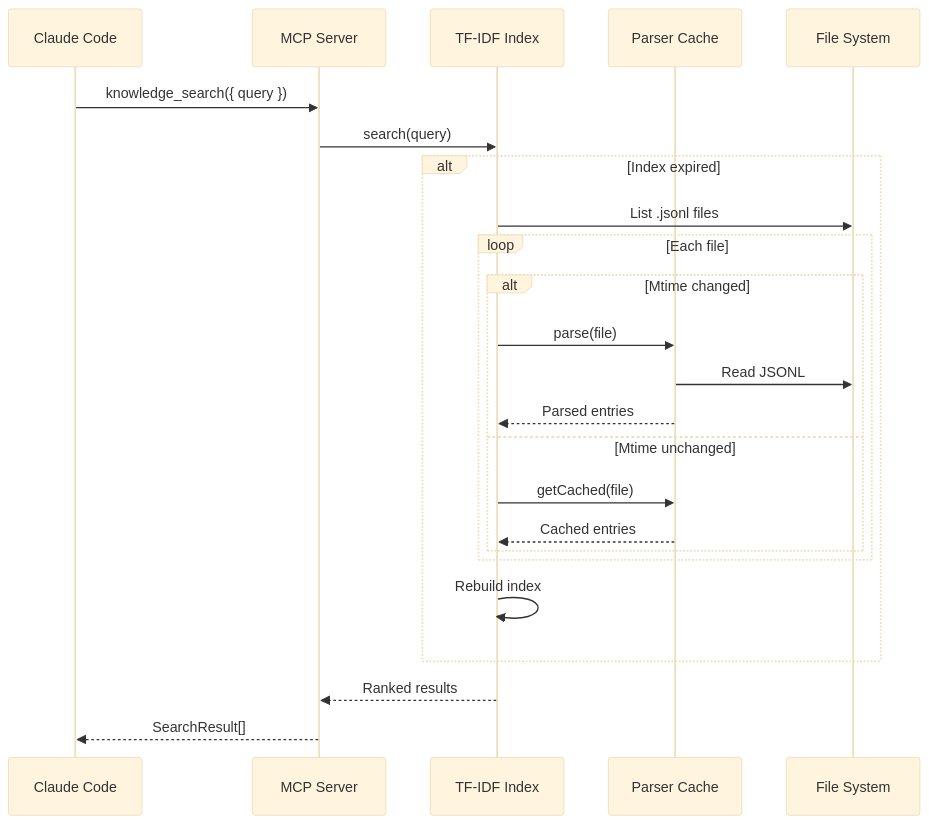
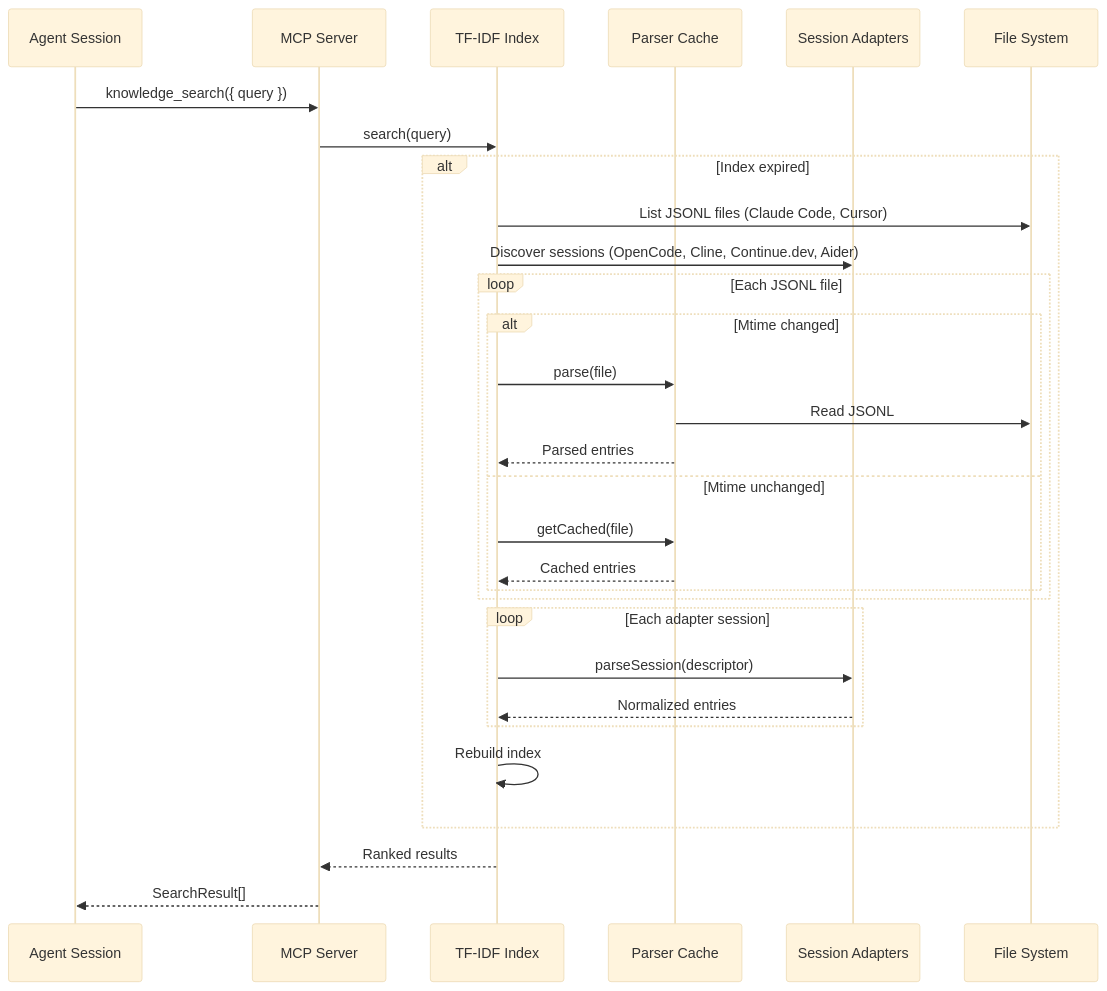
Before and after one commit to keshrath/agent-cortex: the second of 3 diagrams in docs/ARCHITECTURE.md, drawn with Mermaid (base theme). The commit also changed other lines of this file and 25 other files, not shown here.

First line of the commit message:
v1.1.0: generic multi-tool session support, remove Claude Code coupling

````diff
--- a/docs/ARCHITECTURE.md
+++ b/docs/ARCHITECTURE.md
@@ -201,27 +252,33 @@
 ```mermaid
 sequenceDiagram
-    participant C as Claude Code
+    participant C as Agent Session
     participant S as MCP Server
     participant I as TF-IDF Index
     participant P as Parser Cache
+    participant A as Session Adapters
     participant F as File System
 
     C->>S: knowledge_search({ query })
     S->>I: search(query)
     alt Index expired
-        I->>F: List .jsonl files
-        loop Each file
+        I->>F: List JSONL files (Claude Code, Cursor)
+        I->>A: Discover sessions (OpenCode, Cline, Continue.dev, Aider)
+        loop Each JSONL file
             alt Mtime changed
                 I->>P: parse(file)
                 P->>F: Read JSONL
                 P-->>I: Parsed entries
             else Mtime unchanged
                 I->>P: getCached(file)
                 P-->>I: Cached entries
             end
         end
+        loop Each adapter session
+            I->>A: parseSession(descriptor)
+            A-->>I: Normalized entries
+        end
         I->>I: Rebuild index
     end
     I-->>S: Ranked results
     S-->>C: SearchResult[]
 ```
````
